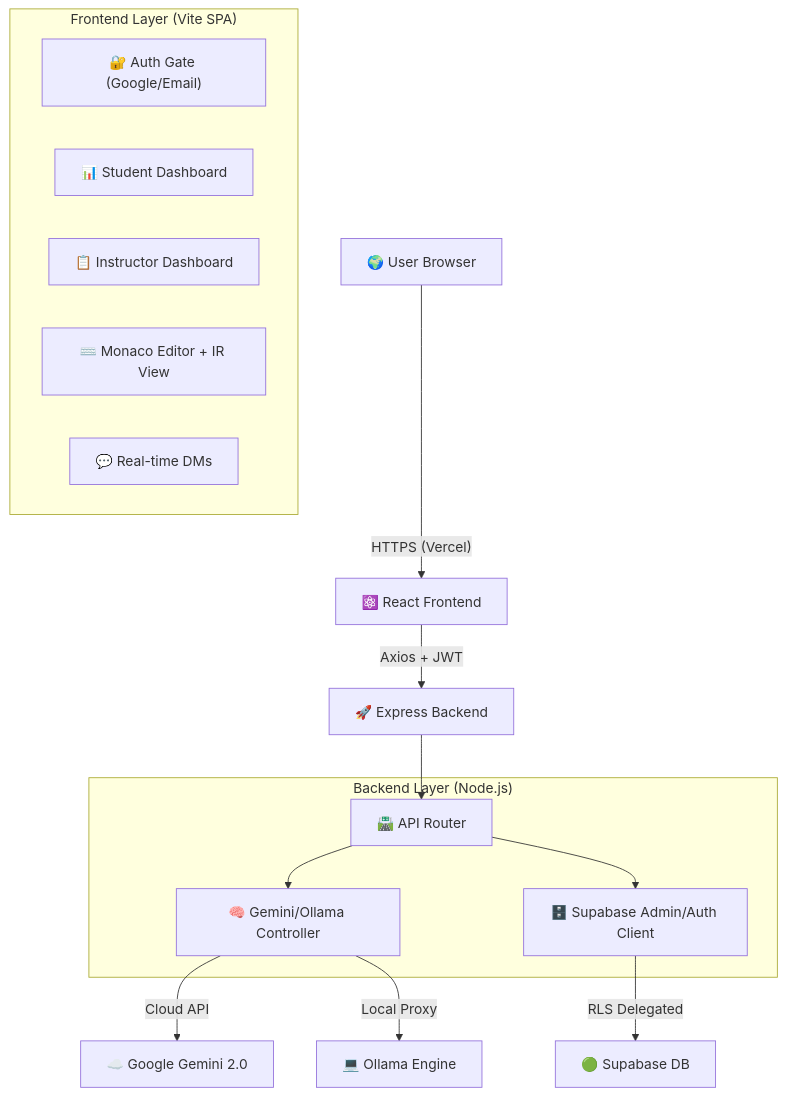
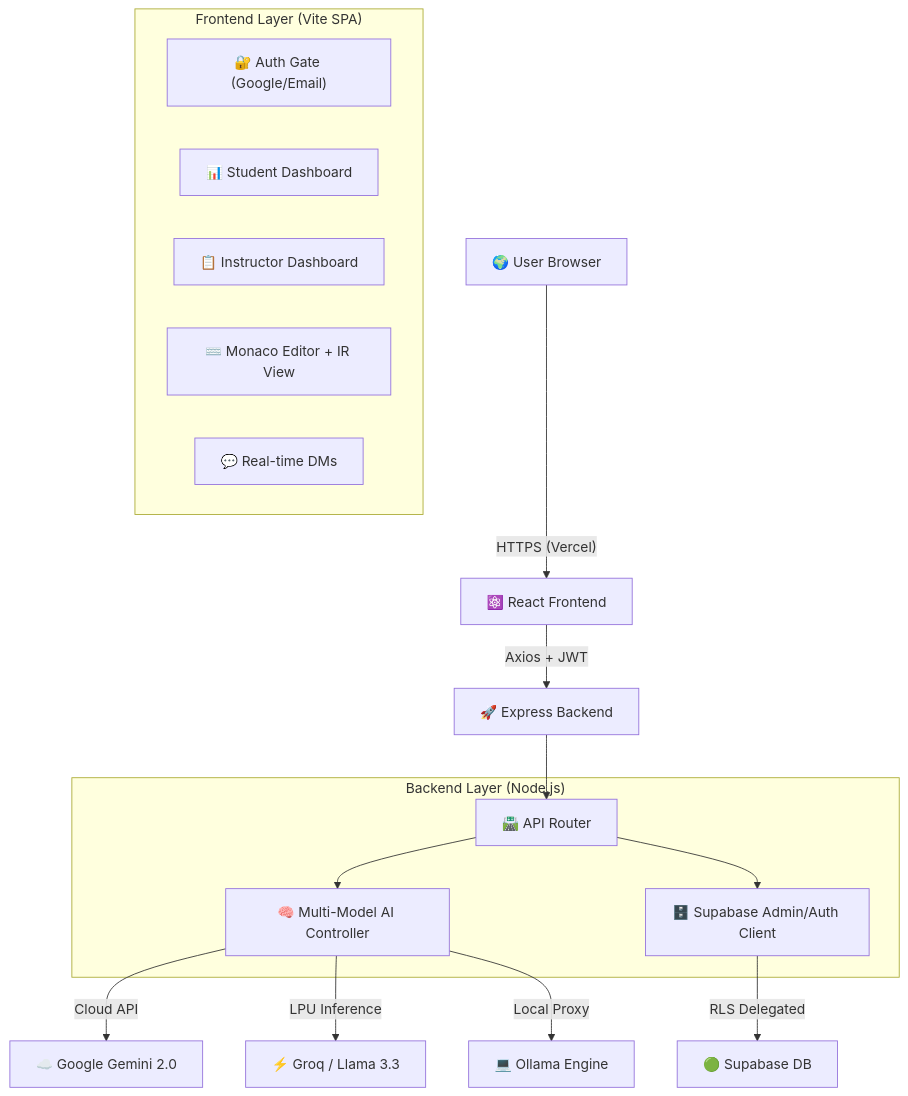
Before and after one commit to OCTehckie18/CodeIR: the diagram in README.md, drawn with Mermaid. The commit also changed other lines of this file and 3 other files, not shown here.

````diff
--- a/README.md
+++ b/README.md
@@ -20,28 +18,29 @@
 ```mermaid
 graph TD
     User["🌍 User Browser"] -->|"HTTPS (Vercel)"| FE["⚛️ React Frontend"]
 
     subgraph "Frontend Layer (Vite SPA)"
         Auth["🔐 Auth Gate (Google/Email)"]
         S_Dash["📊 Student Dashboard"]
         I_Dash["📋 Instructor Dashboard"]
         Editor["⌨️ Monaco Editor + IR View"]
         Chat["💬 Real-time DMs"]
     end
 
     FE -->|"Axios + JWT"| BE["🚀 Express Backend"]
 
     subgraph "Backend Layer (Node.js)"
         Router["🛣️ API Router"]
-        AI_Eng["🧠 Gemini/Ollama Controller"]
+        AI_Eng["🧠 Multi-Model AI Controller"]
         DB_Eng["🗄️ Supabase Admin/Auth Client"]
     end
 
     BE --> Router
     Router --> AI_Eng
     Router --> DB_Eng
 
     AI_Eng -->|"Cloud API"| Gemini["☁️ Google Gemini 2.0"]
+    AI_Eng -->|"LPU Inference"| Groq["⚡ Groq / Llama 3.3"]
     AI_Eng -->|"Local Proxy"| Ollama["💻 Ollama Engine"]
     DB_Eng -->|"RLS Delegated"| SB["🟢 Supabase DB"]
 ```
````
